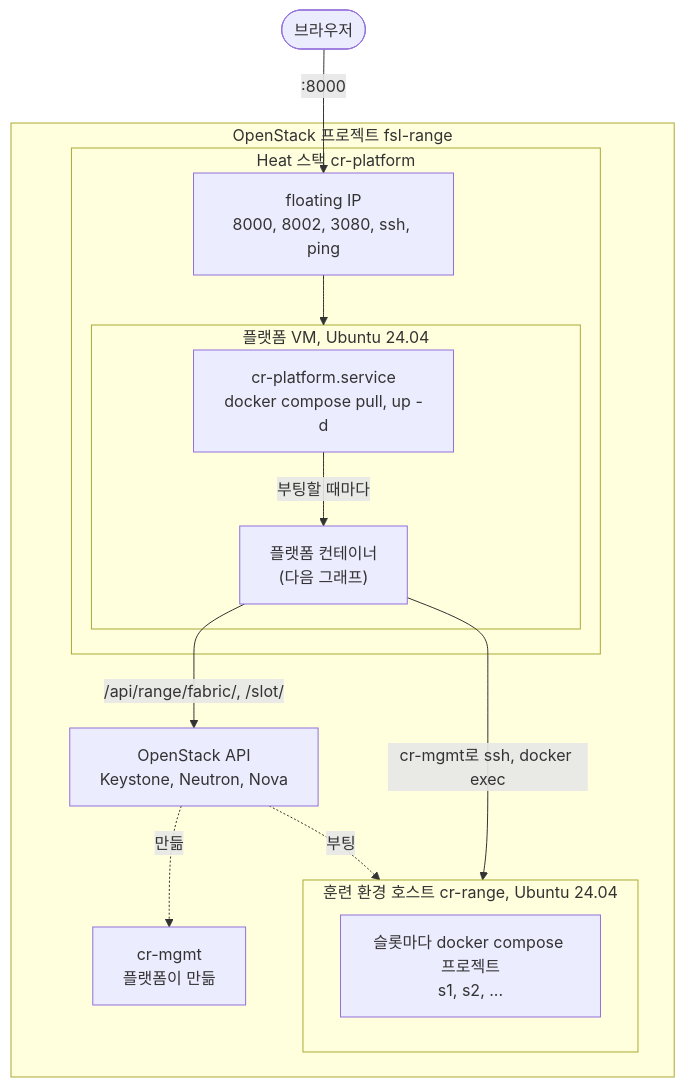
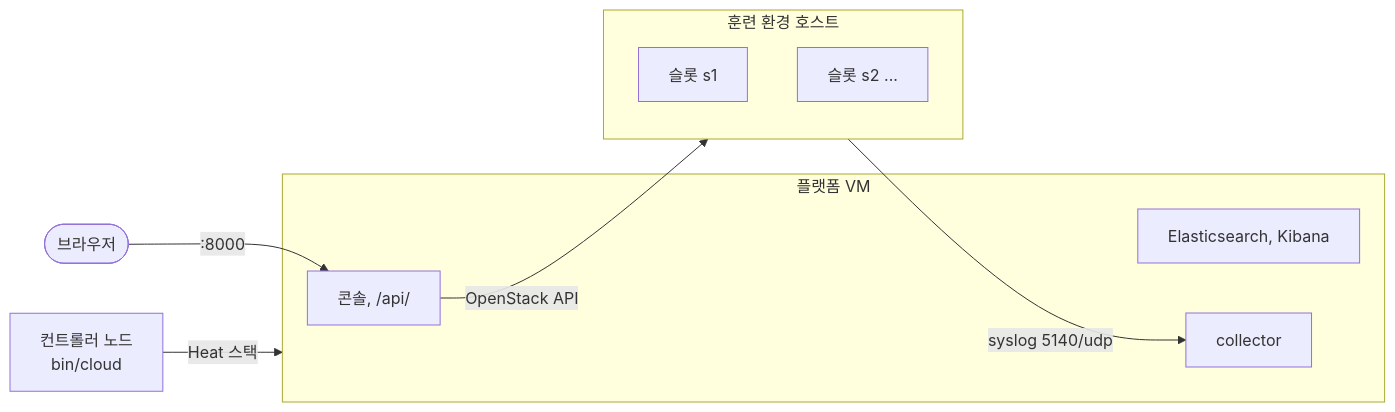
One commit to Nekonic/fsl-project-mvp changed the diagram in README.md. Above: the diagram before and after it, drawn with Mermaid. The commit also changed other lines of this file, not shown here.

Commit message:
docs: README rewritten short; internals stay in ARCHITECTURE and OPENSTACK

````diff
--- a/README.md
+++ b/README.md
@@ -257,27 +31,16 @@
 ```mermaid
-flowchart TB
-  person(["브라우저"])
-
-  subgraph cloud["OpenStack 프로젝트 fsl-range"]
-    api["OpenStack API<br/>Keystone, Neutron, Nova"]
-    subgraph heat["Heat 스택 cr-platform"]
-      fip["floating IP<br/>8000, 8002, 3080, ssh, ping"]
-      subgraph vm["플랫폼 VM, Ubuntu 24.04"]
-        unit["cr-platform.service<br/>docker compose pull, up -d"]
-        stack["플랫폼 컨테이너<br/>(다음 그래프)"]
-      end
-    end
-    mgmt["cr-mgmt<br/>플랫폼이 만듦"]
-    subgraph rangevm["훈련 환경 호스트 cr-range, Ubuntu 24.04"]
-      slots["슬롯마다 docker compose 프로젝트<br/>s1, s2, ..."]
-    end
+flowchart LR
+  op["컨트롤러 노드<br/>bin/cloud"] -->|Heat 스택| pvm
+  subgraph pvm["플랫폼 VM"]
+    console["콘솔, /api/"]
+    es["Elasticsearch, Kibana"]
+    col["collector"]
   end
-
-  person -->|":8000"| fip
-  fip --> vm
-  unit -->|"부팅할 때마다"| stack
-  stack -->|"/api/range/fabric/, /slot/"| api
-  api -.->|만듦| mgmt
-  api -.->|부팅| rangevm
-  stack -->|"cr-mgmt로 ssh, docker exec"| rangevm
+  console -->|OpenStack API| rvm
+  subgraph rvm["훈련 환경 호스트"]
+    s1["슬롯 s1"]
+    s2["슬롯 s2 ..."]
+  end
+  rvm -->|"syslog 5140/udp"| col
+  browser(["브라우저"]) -->|":8000"| console
 ```
````
